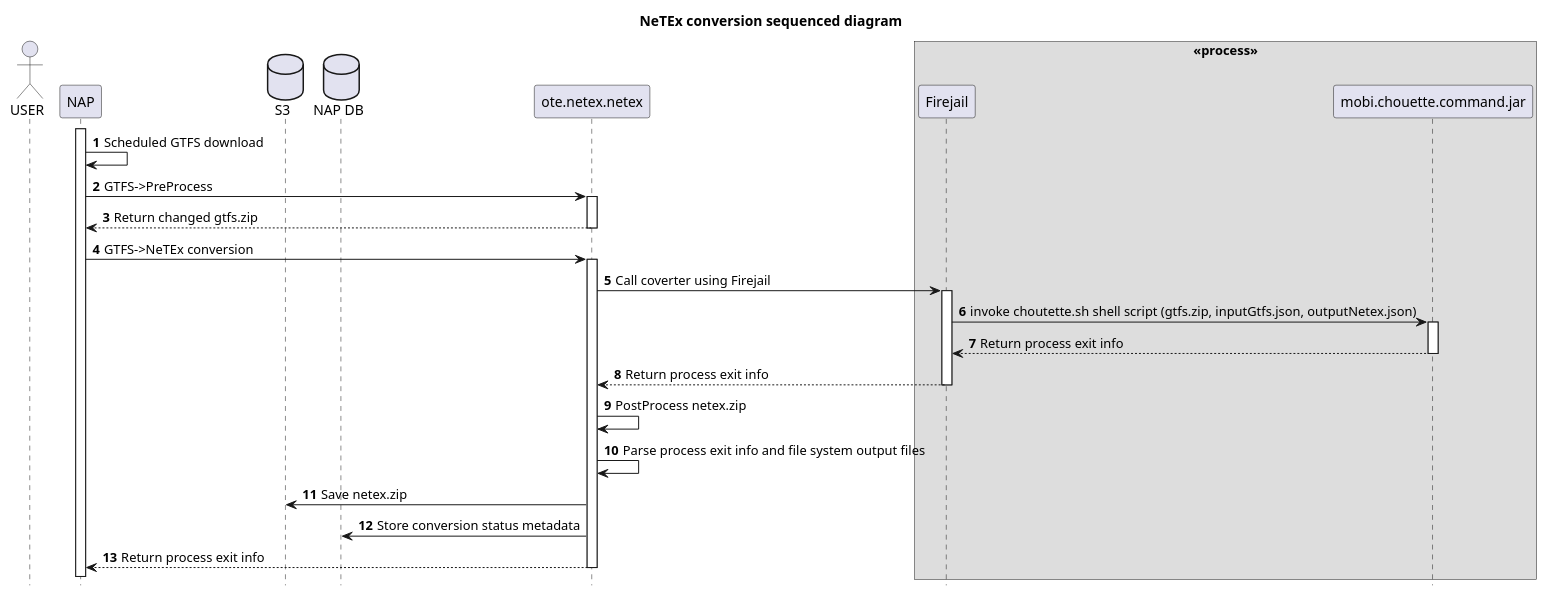
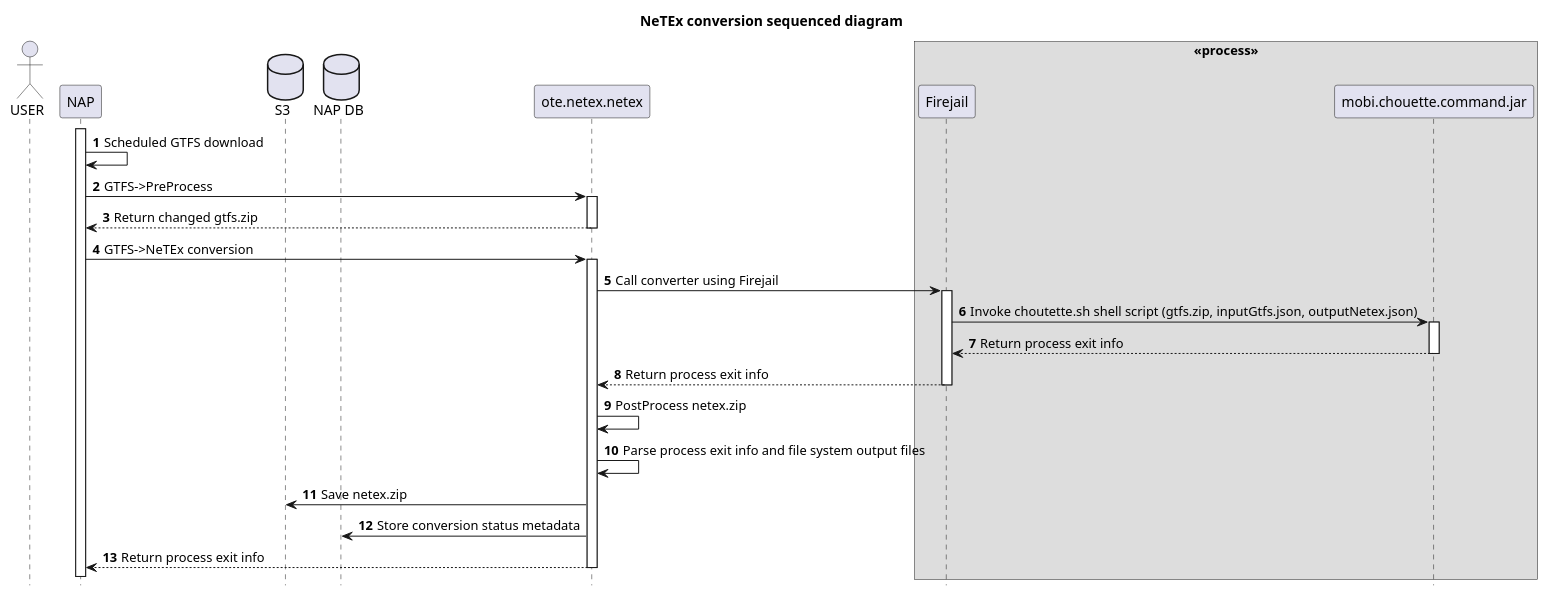
The diagram in docs/netex/netex-conversion-sequence-diagram.plantuml (tmfg/mmtis-national-access-point), drawn with PlantUML before and after one commit. The commit also changed 2 other files, not shown here.

Commit message:
Update netex docs

```diff
--- a/docs/netex/netex-conversion-sequence-diagram.plantuml
+++ b/docs/netex/netex-conversion-sequence-diagram.plantuml
@@ -1,36 +1,36 @@
 @startuml
 title NeTEx conversion sequenced diagram
 autonumber
 hide footbox
 
 actor "USER" as USER
 participant "NAP" as NAP
 database "S3" as S3
 database "NAP DB" as DB
 participant "ote.netex.netex" as CONVERTER
 box <<process>>
 participant "Firejail" as FJ
 participant "mobi.chouette.command.jar" as CHOUETTE
 end box
 
 activate NAP
 
 NAP -> NAP : Scheduled GTFS download
 NAP -> CONVERTER : GTFS->PreProcess
 activate CONVERTER
 return Return changed gtfs.zip
 NAP -> CONVERTER : GTFS->NeTEx conversion
 activate CONVERTER
-CONVERTER->FJ: Call coverter using Firejail
+CONVERTER->FJ: Call converter using Firejail
 activate FJ
-FJ->CHOUETTE: invoke choutette.sh shell script (gtfs.zip, inputGtfs.json, outputNetex.json)
+FJ->CHOUETTE: Invoke choutette.sh shell script (gtfs.zip, inputGtfs.json, outputNetex.json)
 activate CHOUETTE
 return Return process exit info
 return Return process exit info
 CONVERTER->CONVERTER : PostProcess netex.zip
 CONVERTER->CONVERTER : Parse process exit info and file system output files
 CONVERTER->S3 : Save netex.zip
 CONVERTER->DB : Store conversion status metadata
 return Return process exit info
 
 @enduml
```
